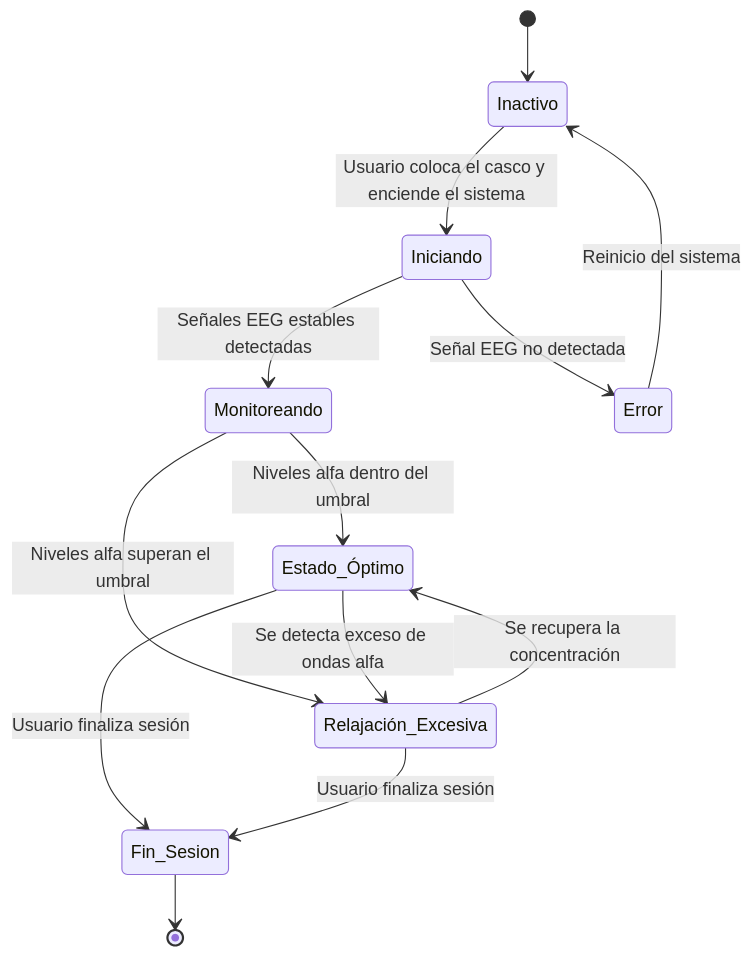
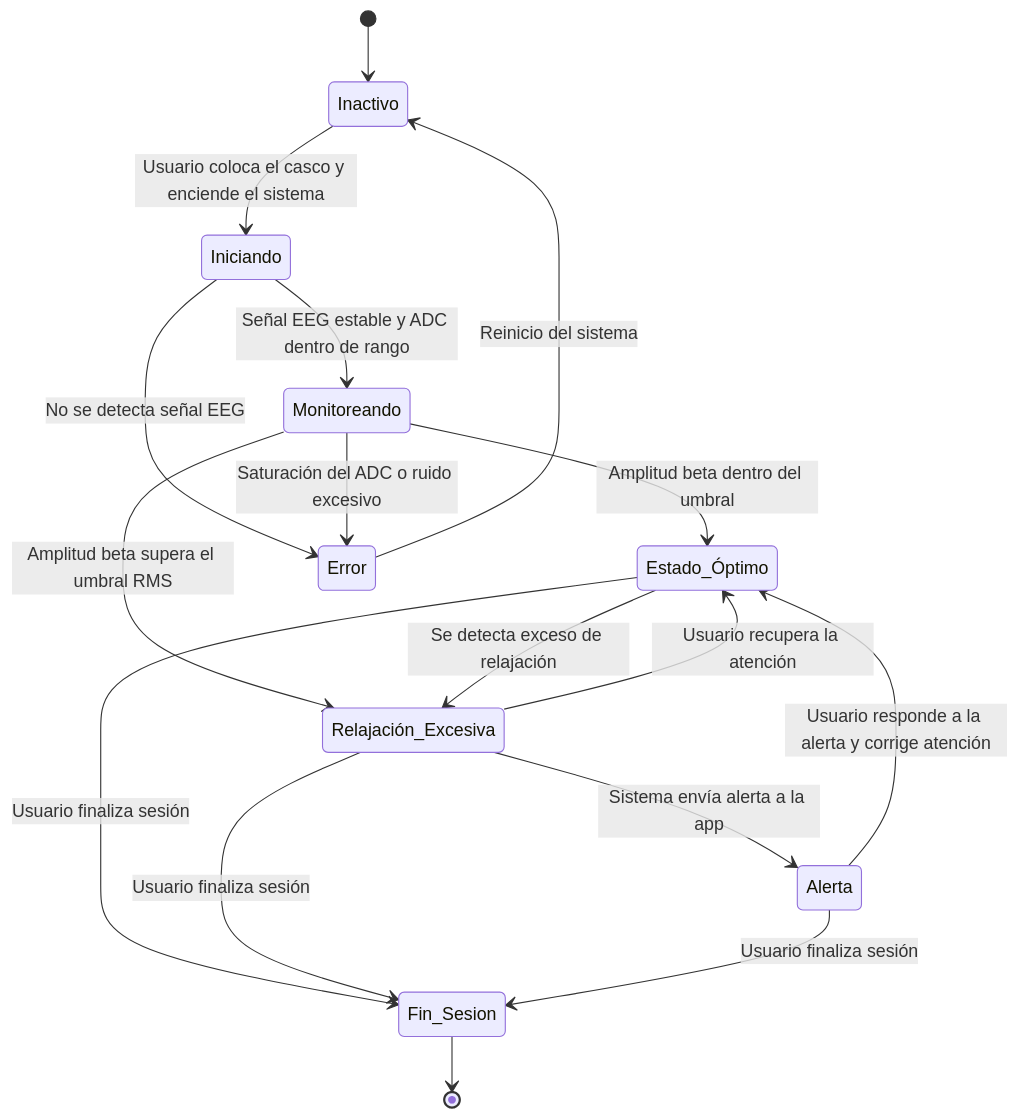
One commit to proyectoitsv/2025_EWHRA changed the diagram in DiseñoSistemas/Diagramadeestado.mmd. Above: the diagram before and after it, drawn with Mermaid.

Commit message:
Update state diagram with EEG signal handling

```diff
--- a/DiseñoSistemas/Diagramadeestado.mmd
+++ b/DiseñoSistemas/Diagramadeestado.mmd
@@ -1,21 +1,26 @@
 stateDiagram-v2
     [*] --> Inactivo
 
     Inactivo --> Iniciando : Usuario coloca el casco y enciende el sistema
 
-    Iniciando --> Monitoreando : Señales EEG estables detectadas
+    Iniciando --> Monitoreando : Señal EEG estable y ADC dentro de rango
 
-    Monitoreando --> Estado_Óptimo : Niveles alfa dentro del umbral
-    Monitoreando --> Relajación_Excesiva : Niveles alfa superan el umbral
+    Monitoreando --> Estado_Óptimo : Amplitud beta dentro del umbral
+    Monitoreando --> Relajación_Excesiva : Amplitud beta supera el umbral RMS
 
-    Estado_Óptimo --> Relajación_Excesiva : Se detecta exceso de ondas alfa
-    Relajación_Excesiva --> Estado_Óptimo : Se recupera la concentración
+    Estado_Óptimo --> Relajación_Excesiva : Se detecta exceso de relajación
+    Relajación_Excesiva --> Estado_Óptimo : Usuario recupera la atención
+
+    Relajación_Excesiva --> Alerta : Sistema envía alerta a la app
+    Alerta --> Estado_Óptimo : Usuario responde a la alerta y corrige atención
 
     Estado_Óptimo --> Fin_Sesion : Usuario finaliza sesión
     Relajación_Excesiva --> Fin_Sesion : Usuario finaliza sesión
+    Alerta --> Fin_Sesion : Usuario finaliza sesión
 
     Fin_Sesion --> [*]
 
-    %% Opcionalmente podés agregar errores o reinicios
-    Iniciando --> Error : Señal EEG no detectada
+    %% Manejo de errores
+    Iniciando --> Error : No se detecta señal EEG
+    Monitoreando --> Error : Saturación del ADC o ruido excesivo
     Error --> Inactivo : Reinicio del sistema
```
